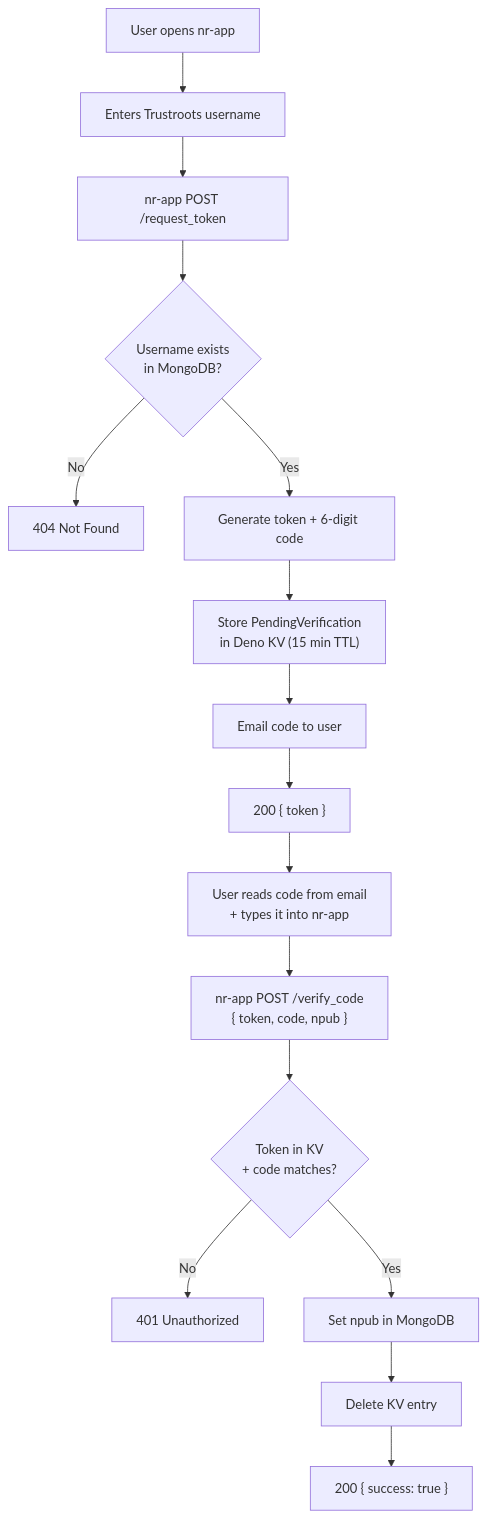
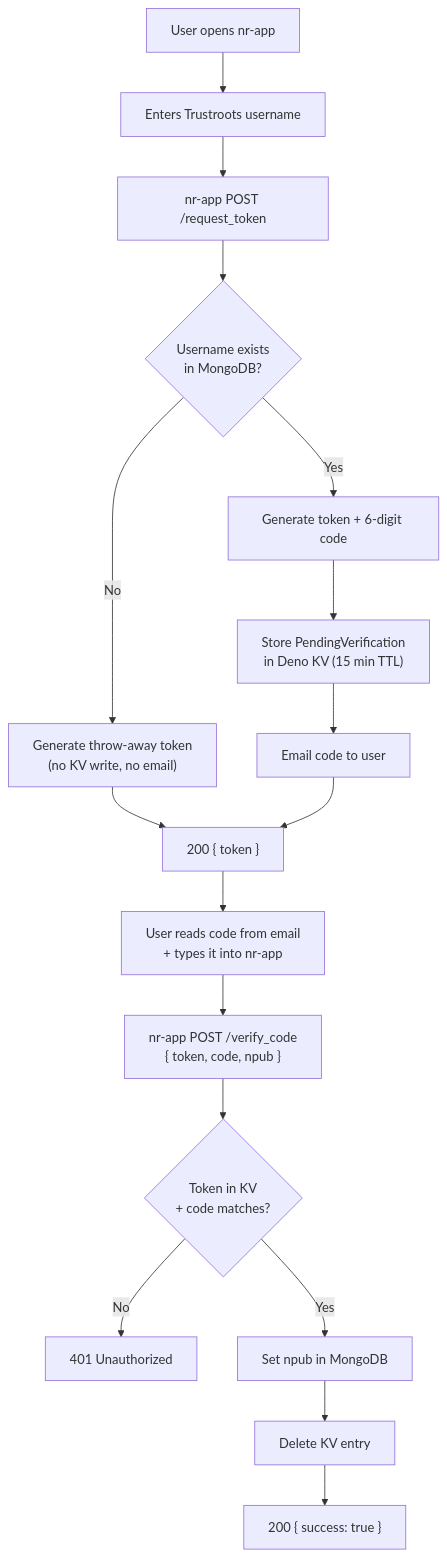
One commit to Trustroots/nostroots changed the first of 3 diagrams in nr-bridge/README.md. Above: the diagram before and after it, drawn with Mermaid. The commit also changed other lines of this file and 2 other files, not shown here.

````diff
--- a/nr-bridge/README.md
+++ b/nr-bridge/README.md
@@ -66,18 +69,19 @@
 ```mermaid
 flowchart TD
     A["User opens nr-app"] --> B["Enters Trustroots username"]
     B --> C["nr-app POST /request_token"]
     C --> D{"Username exists\nin MongoDB?"}
-    D -- No --> E["404 Not Found"]
+    D -- No --> E["Generate throw-away token\n(no KV write, no email)"]
+    E --> I["200 { token }"]
     D -- Yes --> F["Generate token + 6-digit code"]
     F --> G["Store PendingVerification\nin Deno KV (15 min TTL)"]
     G --> H["Email code to user"]
-    H --> I["200 { token }"]
+    H --> I
     I --> J["User reads code from email\n+ types it into nr-app"]
     J --> K["nr-app POST /verify_code\n{ token, code, npub }"]
     K --> L{"Token in KV\n+ code matches?"}
     L -- No --> M["401 Unauthorized"]
     L -- Yes --> N["Set npub in MongoDB"]
     N --> O["Delete KV entry"]
     O --> P["200 { success: true }"]
 ```
````
